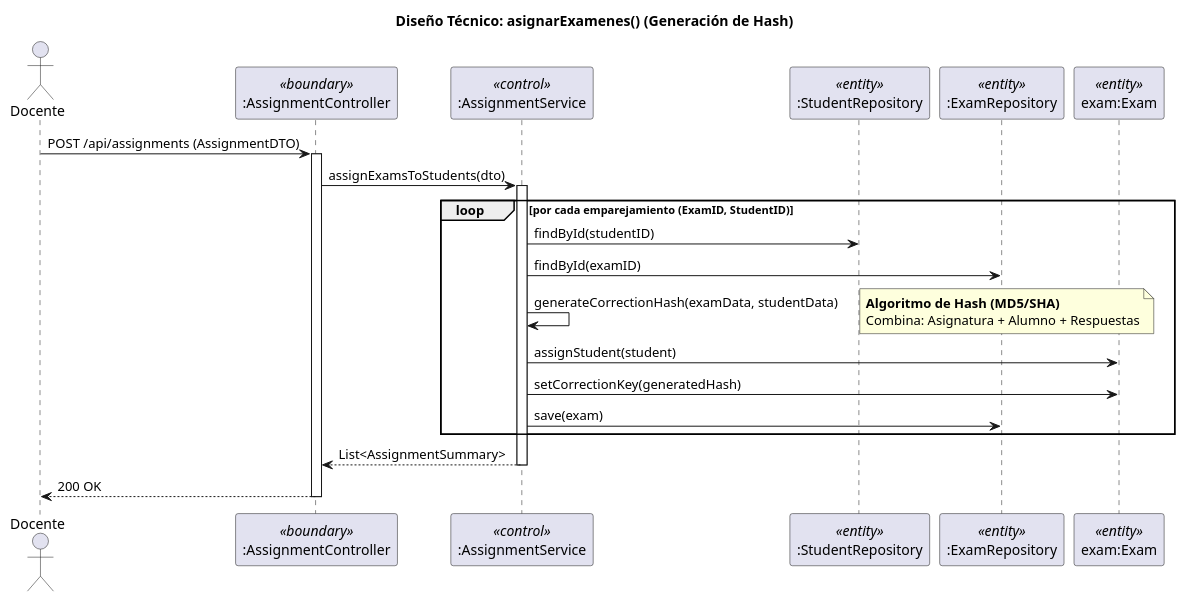
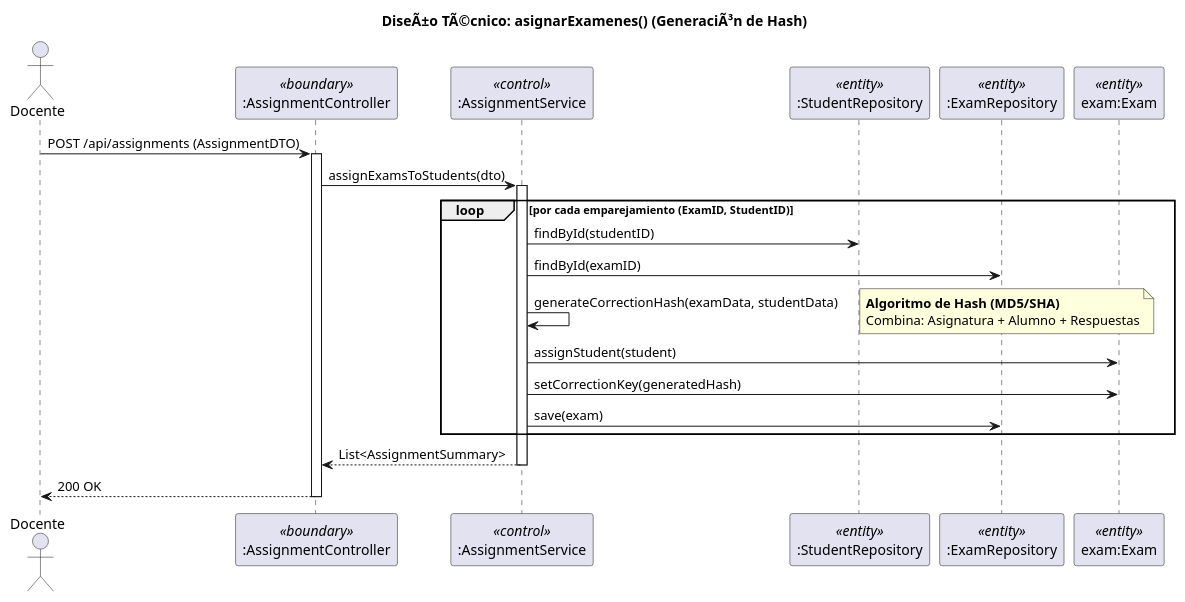
The second of 2 diagrams in RUP/01-analisis/casos-uso/CU-09-asignarExamenes/README.md (liamanderson873/25-26-idsw2-sdVC), drawn with PlantUML before and after one commit. The commit also changed other lines of this file and 206 other files, not shown here.

````diff
--- a/RUP/01-analisis/casos-uso/CU-09-asignarExamenes/README.md
+++ b/RUP/01-analisis/casos-uso/CU-09-asignarExamenes/README.md
@@ -99,44 +99,44 @@
 ```plantuml
 @startuml CU-09-asignarExamenes-diseno
 
 skinparam linetype polyline
 
 actor "Docente" as Actor
 participant ":AssignmentController" as Controller <<boundary>>
 participant ":AssignmentService" as Service <<control>>
 participant ":StudentRepository" as SRepo <<entity>>
 participant ":ExamRepository" as ERepo <<entity>>
 participant "exam:Exam" as Entity <<entity>>
 
-title Diseño Técnico: asignarExamenes() (Generación de Hash)
+title DiseÃ±o TÃ©cnico: asignarExamenes() (GeneraciÃ³n de Hash)
 
 Actor -> Controller : POST /api/assignments (AssignmentDTO)
 activate Controller
 
 Controller -> Service : assignExamsToStudents(dto)
 activate Service
 
 loop por cada emparejamiento (ExamID, StudentID)
     Service -> SRepo : findById(studentID)
     Service -> ERepo : findById(examID)
     
     Service -> Service : generateCorrectionHash(examData, studentData)
     note right
     **Algoritmo de Hash (MD5/SHA)**
     Combina: Asignatura + Alumno + Respuestas
     end note
     
     Service -> Entity : assignStudent(student)
     Service -> Entity : setCorrectionKey(generatedHash)
     
     Service -> ERepo : save(exam)
 end
 
 Service --> Controller : List<AssignmentSummary>
 deactivate Service
 
 Controller --> Actor : 200 OK
 deactivate Controller
 
 @enduml
 ```
````
